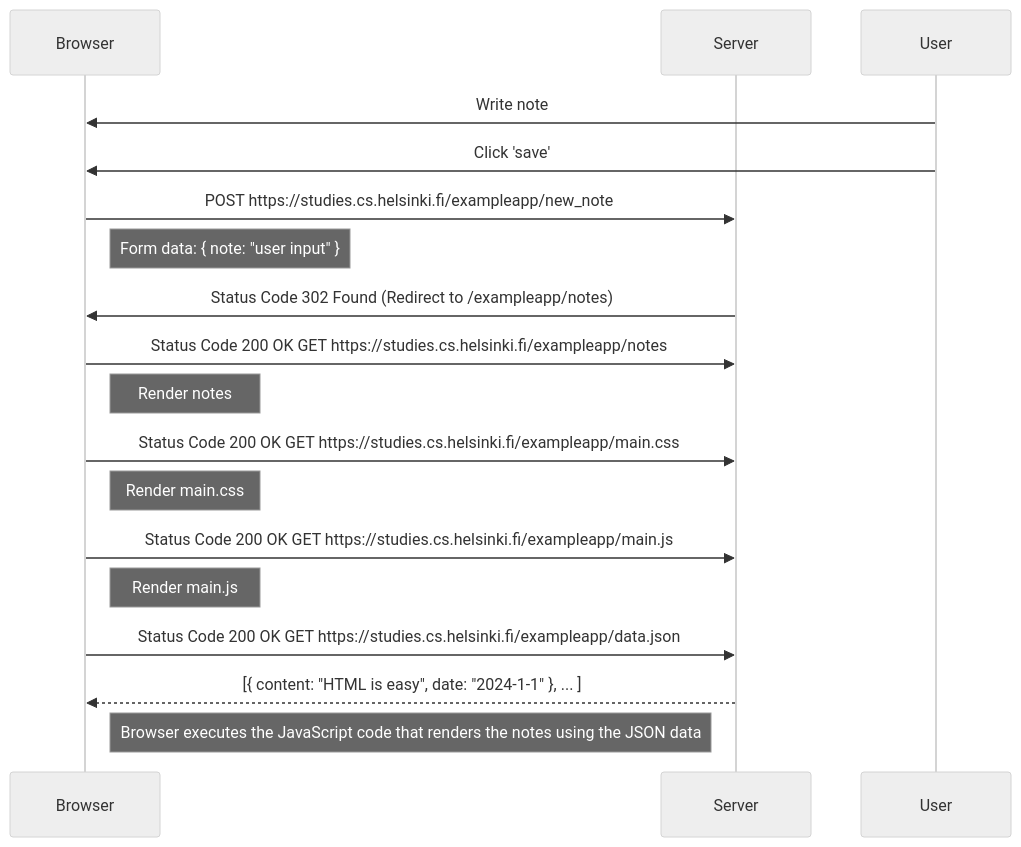
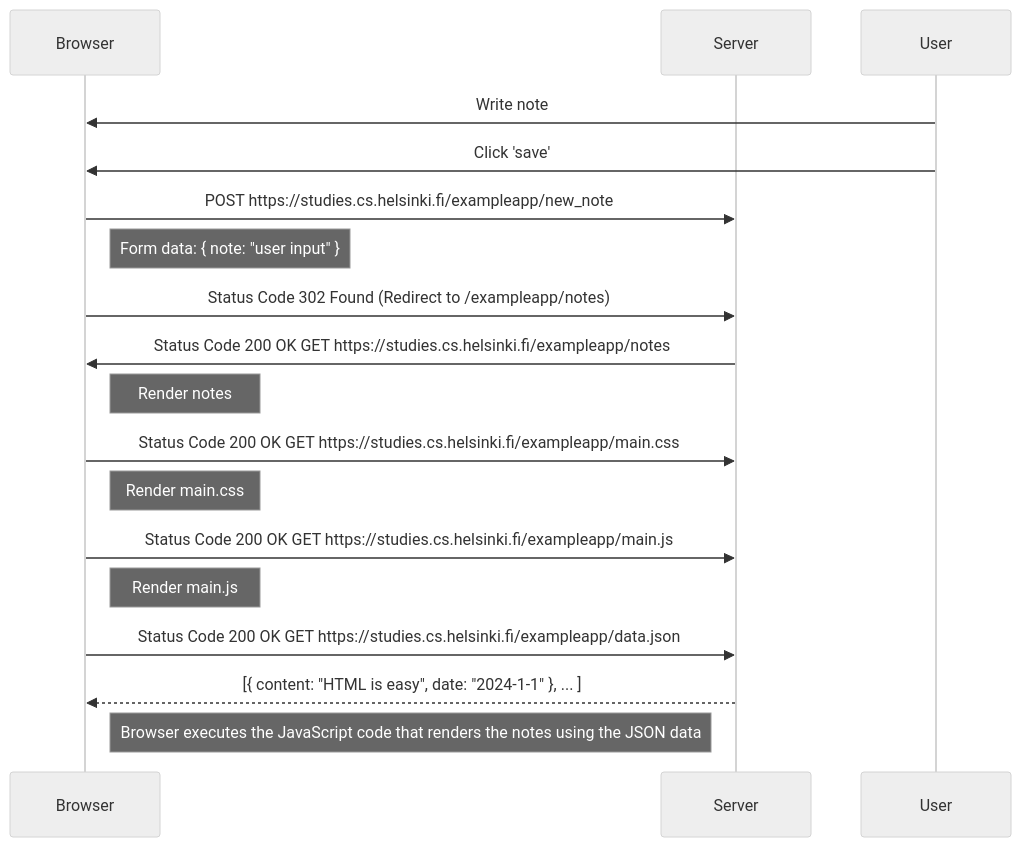
Before and after one commit to SunJoon05/fullstack-open-2024: the diagram in part0/exercise-04-diagram.md, drawn with Mermaid (neutral theme). The commit also changed 1 other file, not shown here.

````diff
--- a/part0/exercise-04-diagram.md
+++ b/part0/exercise-04-diagram.md
@@ -3,26 +3,26 @@
 ```mermaid
 sequenceDiagram
     participant Browser
     participant Server
     participant User
 
     User->>Browser: Write note
     User->>Browser: Click 'save'
     Browser->>Server: POST https://studies.cs.helsinki.fi/exampleapp/new_note
     Note right of Browser: Form data: { note: "user input" }
 
-    Server->>Browser: Status Code 302 Found (Redirect to /exampleapp/notes)
-    Browser->>Server: Status Code 200 OK GET https://studies.cs.helsinki.fi/exampleapp/notes
+    Browser->>Server: Status Code 302 Found (Redirect to /exampleapp/notes)
+    Server->>Browser: Status Code 200 OK GET https://studies.cs.helsinki.fi/exampleapp/notes
     Note right of Browser: Render notes
 
     Browser->>Server: Status Code 200 OK GET https://studies.cs.helsinki.fi/exampleapp/main.css
     Note right of Browser: Render main.css
 
     Browser->>Server: Status Code 200 OK GET https://studies.cs.helsinki.fi/exampleapp/main.js
     Note right of Browser: Render main.js
 
     Browser->>Server: Status Code 200 OK GET https://studies.cs.helsinki.fi/exampleapp/data.json
     Server-->>Browser: [{ content: "HTML is easy", date: "2024-1-1" }, ... ]
 
     Note right of Browser: Browser executes the JavaScript code that renders the notes using the JSON data
 ```
````
